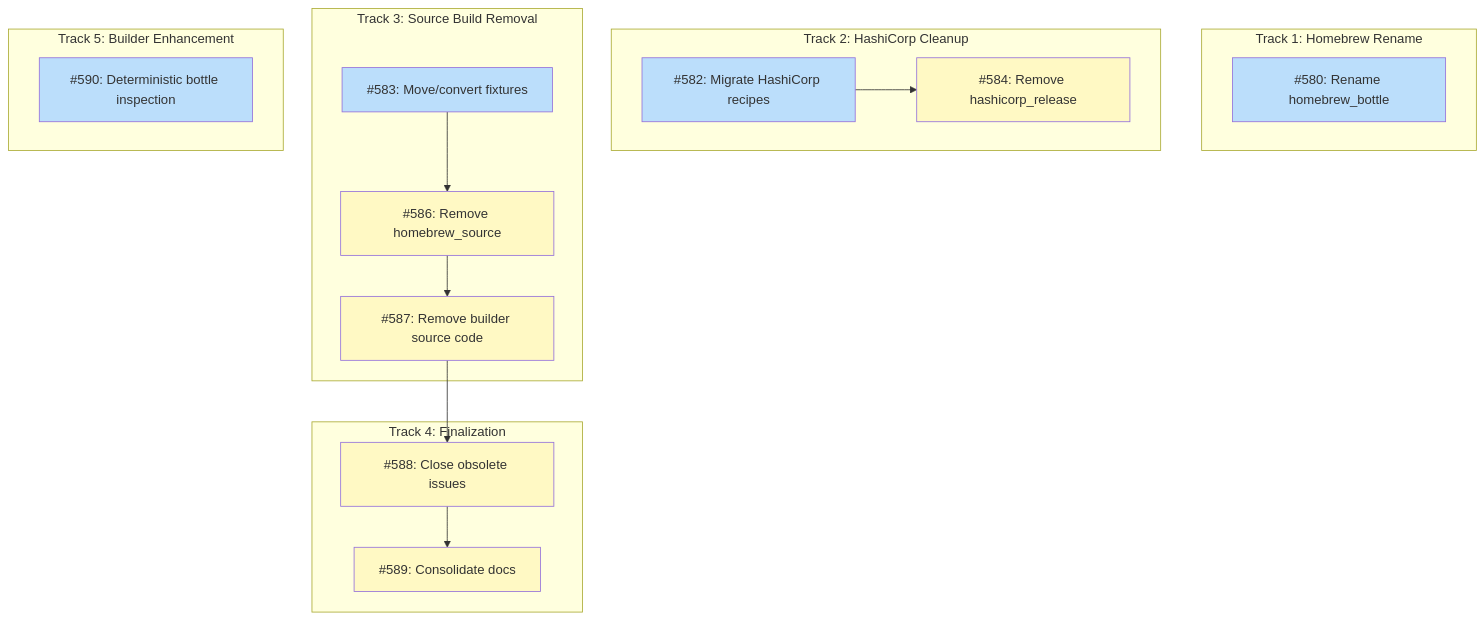
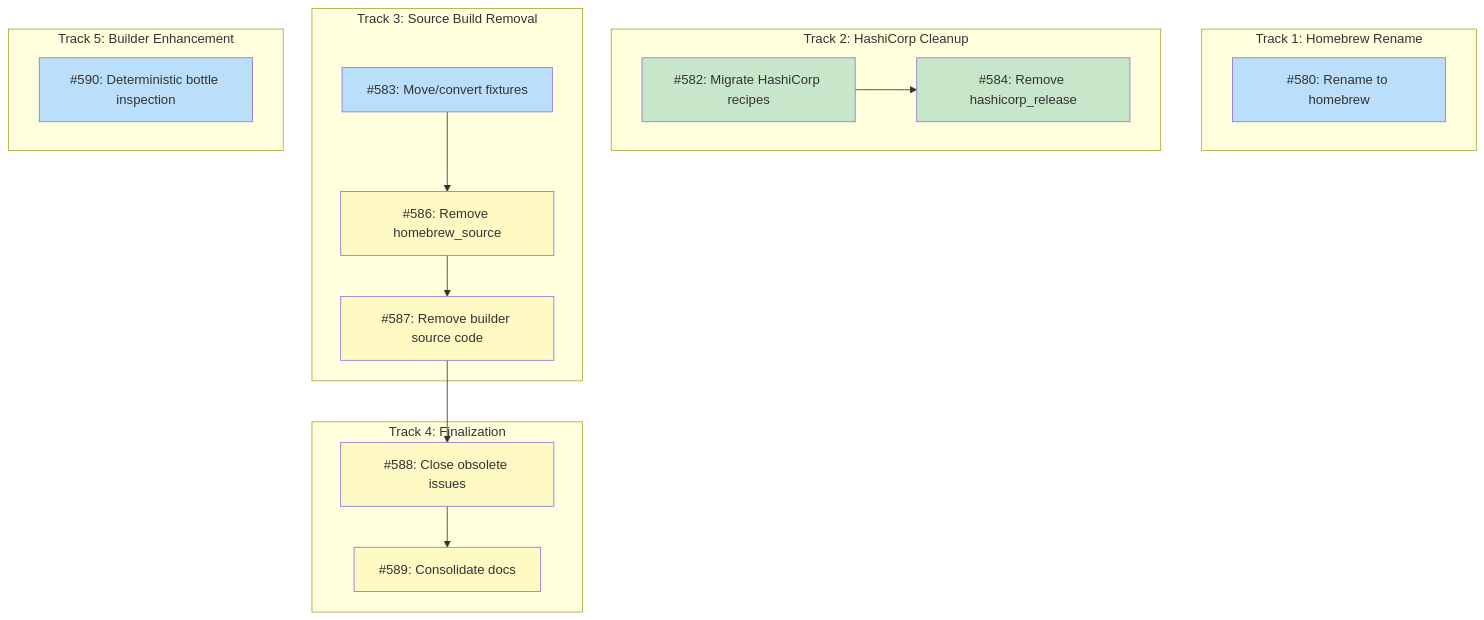
The diagram in docs/DESIGN-homebrew-cleanup.md (tsuku-dev/tsuku), drawn with Mermaid before and after one commit. The commit also changed other lines of this file and 29 other files, not shown here.

First line of the commit message:
refactor(actions): rename homebrew_bottle to homebrew

````diff
--- a/docs/DESIGN-homebrew-cleanup.md
+++ b/docs/DESIGN-homebrew-cleanup.md
@@ -23,40 +23,41 @@
 ```mermaid
 graph TD
     subgraph Track1["Track 1: Homebrew Rename"]
-        I580["#580: Rename homebrew_bottle"]
+        I580["#580: Rename to homebrew"]
     end
 
     subgraph Track2["Track 2: HashiCorp Cleanup"]
         I582["#582: Migrate HashiCorp recipes"]
         I584["#584: Remove hashicorp_release"]
     end
 
     subgraph Track3["Track 3: Source Build Removal"]
         I583["#583: Move/convert fixtures"]
         I586["#586: Remove homebrew_source"]
         I587["#587: Remove builder source code"]
     end
 
     subgraph Track4["Track 4: Finalization"]
         I588["#588: Close obsolete issues"]
         I589["#589: Consolidate docs"]
     end
 
     subgraph Track5["Track 5: Builder Enhancement"]
         I590["#590: Deterministic bottle inspection"]
     end
 
     I582 --> I584
     I583 --> I586
     I586 --> I587
     I587 --> I588
     I588 --> I589
 
     classDef done fill:#c8e6c9
     classDef ready fill:#bbdefb
     classDef blocked fill:#fff9c4
     classDef needsDesign fill:#e1bee7
 
-    class I580,I582,I583,I590 ready
-    class I584,I586,I587,I588,I589 blocked
+    class I582,I584 done
+    class I580,I583,I590 ready
+    class I586,I587,I588,I589 blocked
 ```
````
